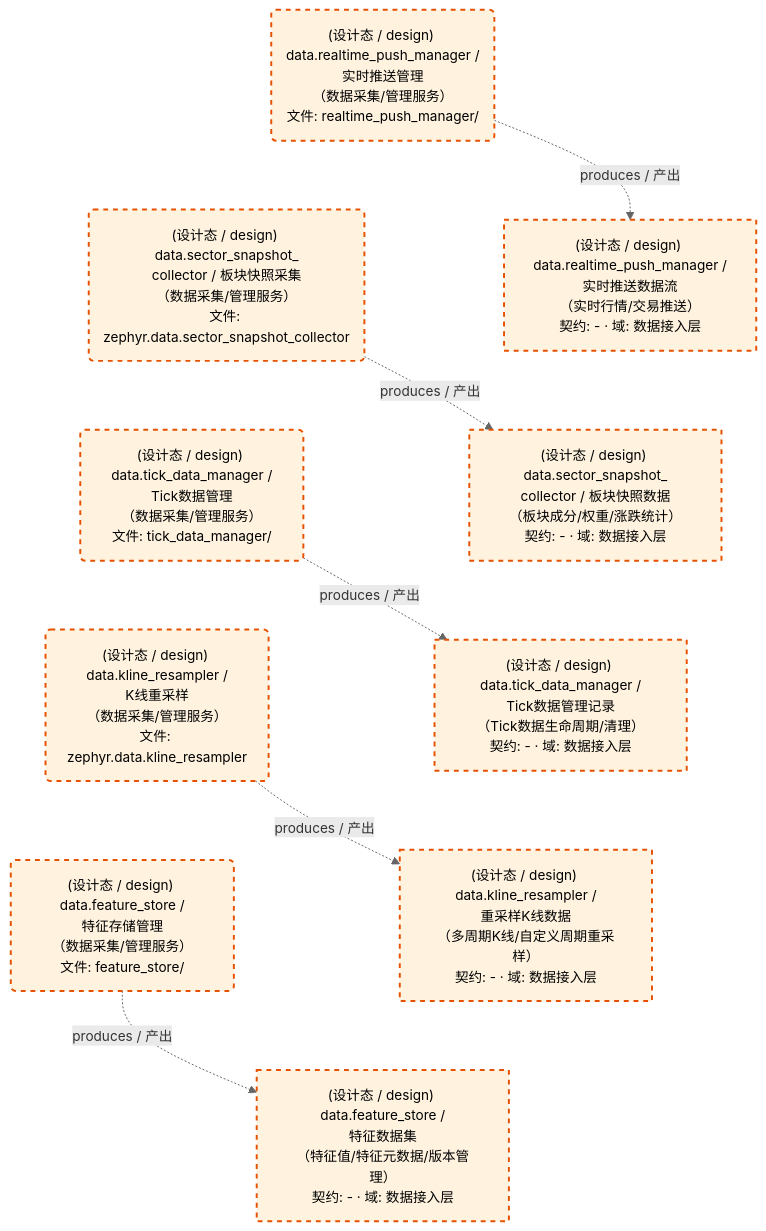
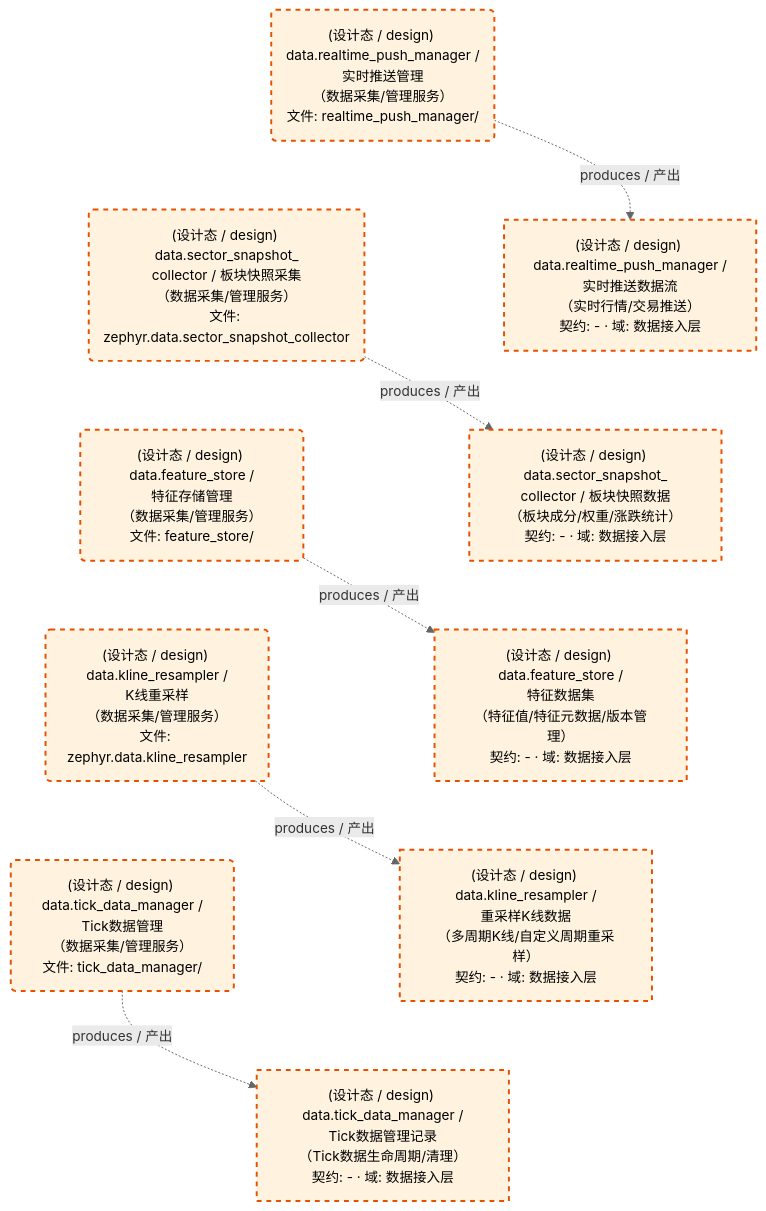
The second of 2 diagrams in docs/02_enterprise_architecture/05_dataflow_architecture/d_data.md (xuanFelixVan/ZephyrAlpha), drawn with Mermaid before and after one commit. The commit also changed other lines of this file and 13 other files, not shown here.

First line of the commit message:
feat(dataflow): dataflow_production.md → dataflow_panorama.md，运营态+设计态全景一张图看完

````diff
--- a/docs/02_enterprise_architecture/05_dataflow_architecture/d_data.md
+++ b/docs/02_enterprise_architecture/05_dataflow_architecture/d_data.md
@@ -90,32 +90,32 @@
 ```mermaid
 %%{init: {'theme': 'base', 'themeVariables': {'primaryColor': '#eaeaea', 'primaryTextColor': '#333333', 'primaryBorderColor': '#666666', 'lineColor': '#666666', 'secondaryColor': '#eaeaea', 'tertiaryColor': '#eaeaea', 'clusterBkg': 'transparent', 'clusterBorder': 'transparent', 'fontSize': '14px'}}}%%
 flowchart TD
     DS11253["(设计态 / design) data.feature_store /<br/>特征数据集<br/>（特征值/特征元数据/版本管理）<br/>契约: - · 域: 数据接入层"]
     DS11256["(设计态 / design) data.kline_resampler /<br/>重采样K线数据<br/>（多周期K线/自定义周期重采样）<br/>契约: - · 域: 数据接入层"]
     DS11254["(设计态 / design) data.realtime_push_manager /<br/>实时推送数据流<br/>（实时行情/交易推送）<br/>契约: - · 域: 数据接入层"]
     DS11257["(设计态 / design) data.sector_snapshot_<br/>collector / 板块快照数据<br/>（板块成分/权重/涨跌统计）<br/>契约: - · 域: 数据接入层"]
     DS11255["(设计态 / design) data.tick_data_manager /<br/>Tick数据管理记录<br/>（Tick数据生命周期/清理）<br/>契约: - · 域: 数据接入层"]
     JOB757617("(设计态 / design) data.feature_store /<br/>特征存储管理<br/>（数据采集/管理服务）<br/>文件: feature_store/")
     JOB757620("(设计态 / design) data.kline_resampler /<br/>K线重采样<br/>（数据采集/管理服务）<br/>文件: zephyr.data.kline_resampler")
     JOB757618("(设计态 / design) data.realtime_push_manager /<br/>实时推送管理<br/>（数据采集/管理服务）<br/>文件: realtime_push_manager/")
     JOB757621("(设计态 / design) data.sector_snapshot_<br/>collector / 板块快照采集<br/>（数据采集/管理服务）<br/>文件: zephyr.data.sector_snapshot_collector")
     JOB757619("(设计态 / design) data.tick_data_manager /<br/>Tick数据管理<br/>（数据采集/管理服务）<br/>文件: tick_data_manager/")
     JOB757617 -.->|produces / 产出| DS11253
     JOB757618 -.->|produces / 产出| DS11254
     JOB757619 -.->|produces / 产出| DS11255
     JOB757620 -.->|produces / 产出| DS11256
     JOB757621 -.->|produces / 产出| DS11257
     JOB757618 ~~~ JOB757621
-    JOB757621 ~~~ JOB757619
-    JOB757619 ~~~ JOB757620
-    JOB757620 ~~~ JOB757617
+    JOB757621 ~~~ JOB757617
+    JOB757617 ~~~ JOB757620
+    JOB757620 ~~~ JOB757619
     DS11254 ~~~ DS11257
-    DS11257 ~~~ DS11255
-    DS11255 ~~~ DS11256
-    DS11256 ~~~ DS11253
+    DS11257 ~~~ DS11253
+    DS11253 ~~~ DS11256
+    DS11256 ~~~ DS11255
     classDef production fill:#e1f5fe,stroke:#01579b,stroke-width:2px,color:#000
     classDef design fill:#fff3e0,stroke:#e65100,stroke-width:2px,color:#000,stroke-dasharray: 5 5
     classDef external_prod fill:#e8f4fd,stroke:#0277bd,stroke-width:1px,color:#000
     classDef external_design fill:#fff8e7,stroke:#ef6c00,stroke-width:1px,color:#000,stroke-dasharray: 5 5
     class DS11253,DS11256,DS11254,DS11257,DS11255,JOB757617,JOB757620,JOB757618,JOB757621,JOB757619 design
 ```
````
